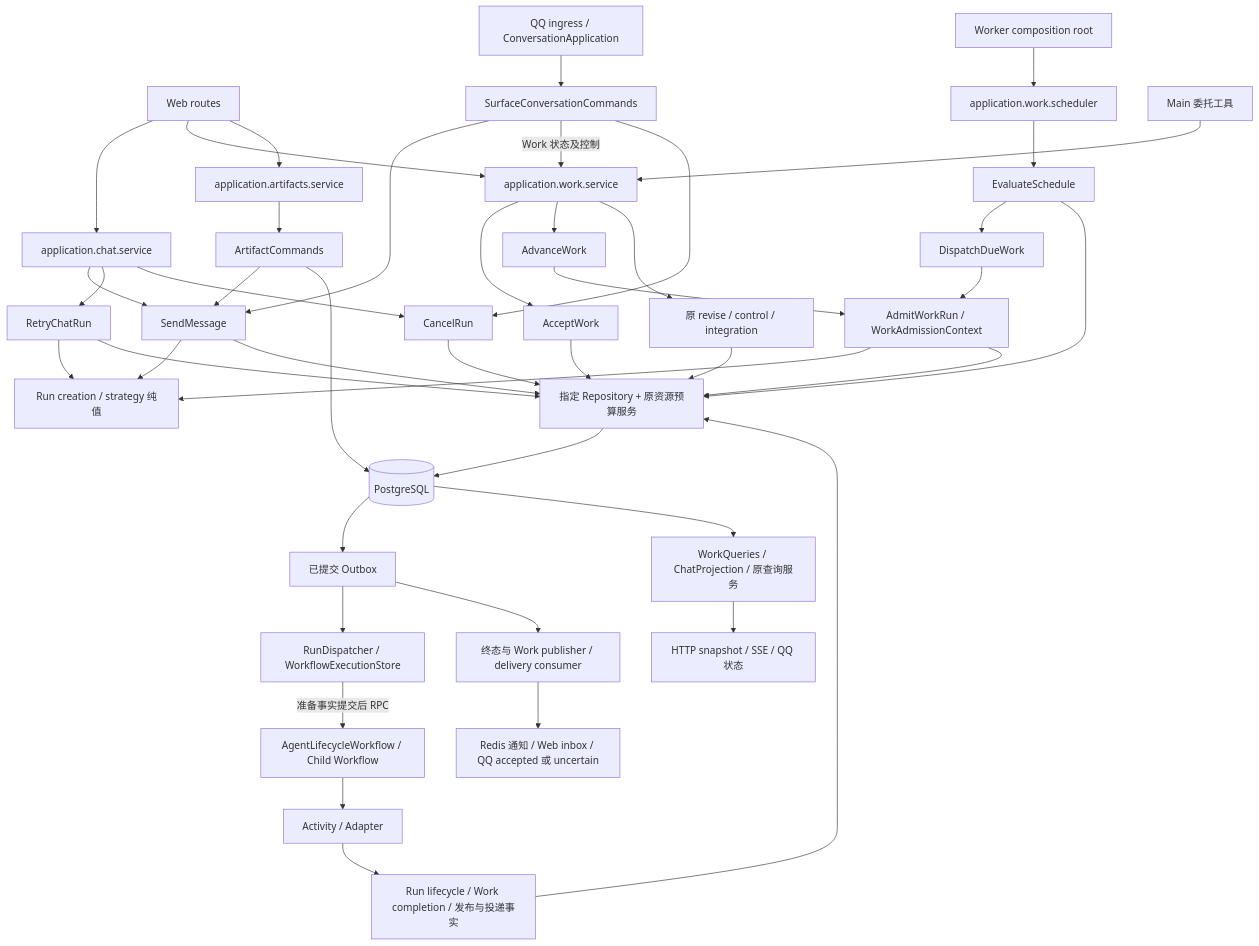
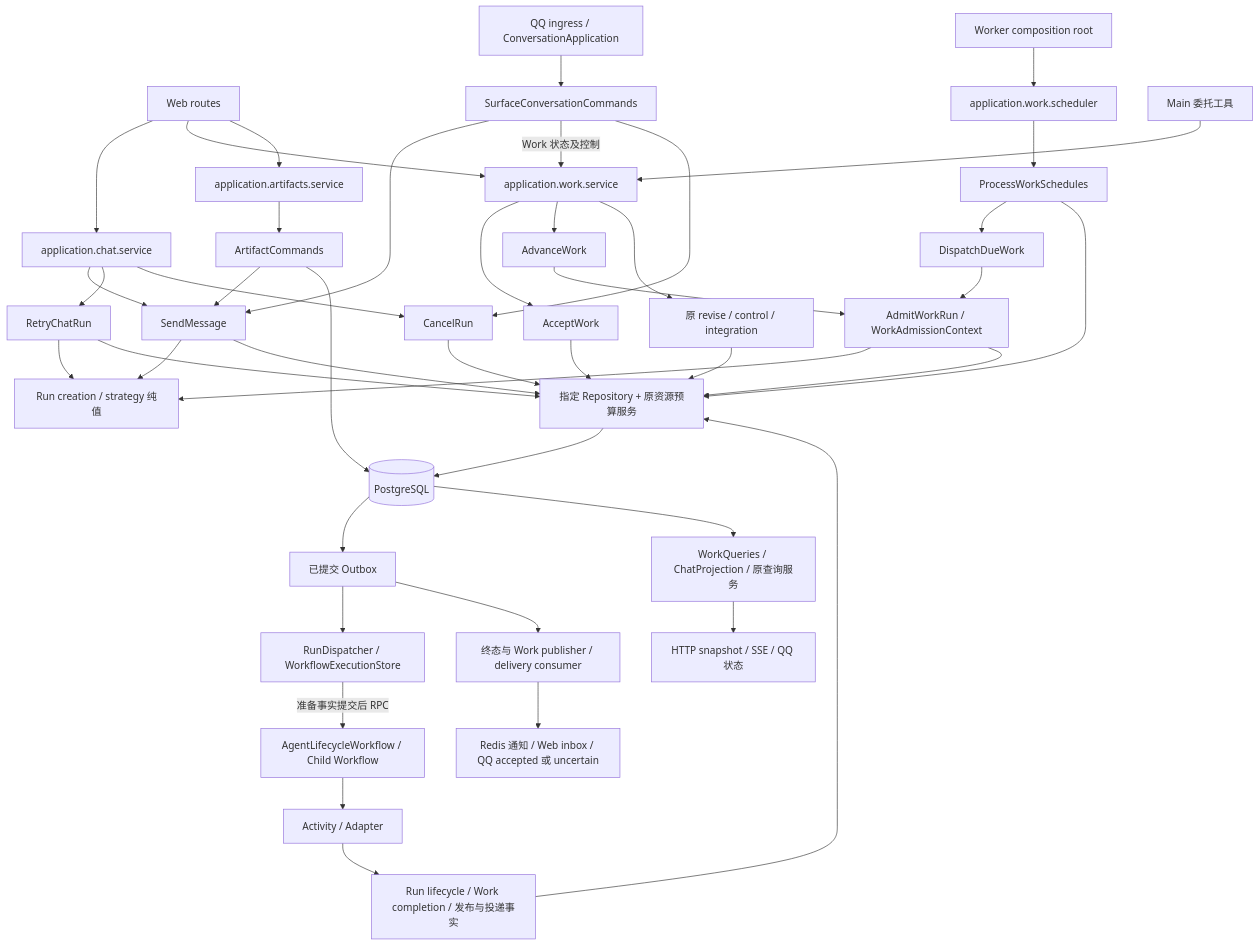
The first of 4 diagrams in docs/architecture/execution.md (k1po9/HpAgent), drawn with Mermaid before and after one commit. The commit also changed other lines of this file and 136 other files, not shown here.

````diff
--- a/docs/architecture/execution.md
+++ b/docs/architecture/execution.md
@@ -132,46 +132,46 @@
 ```mermaid
 flowchart TD
   Web[Web routes] --> Chat[application.chat.service]
   Web --> Works[application.work.service]
   Web --> Art[application.artifacts.service]
   QQ[QQ ingress / ConversationApplication] --> Surface[SurfaceConversationCommands]
   Root[Worker composition root] --> Scheduler[application.work.scheduler]
   Main[Main 委托工具] --> Works
   Surface --> Send[SendMessage]
   Surface -->|Work 状态及控制| Works
   Surface --> Cancel[CancelRun]
   Chat --> Send
   Chat --> Retry[RetryChatRun]
   Chat --> Cancel
   Art --> AC[ArtifactCommands]
   AC --> Send
   Works --> Accept[AcceptWork]
   Works --> Advance[AdvanceWork]
   Works --> Control[原 revise / control / integration]
-  Scheduler --> Eval[EvaluateSchedule]
+  Scheduler --> Eval[ProcessWorkSchedules]
   Eval --> Due[DispatchDueWork]
   Advance --> Admit[AdmitWorkRun / WorkAdmissionContext]
   Due --> Admit
   Retry --> Frozen
   Send --> Frozen[Run creation / strategy 纯值]
   Admit --> Frozen
   Send --> Repos[指定 Repository + 原资源预算服务]
   Cancel --> Repos
   Retry --> Repos
   Accept --> Repos
   Control --> Repos
   Eval --> Repos
   Admit --> Repos
   AC --> PG[(PostgreSQL)]
   Repos --> PG
   PG --> OB[已提交 Outbox]
   OB --> Dispatch[RunDispatcher / WorkflowExecutionStore]
   Dispatch -->|准备事实提交后 RPC| Temporal[AgentLifecycleWorkflow / Child Workflow]
   Temporal --> Activity[Activity / Adapter]
   Activity --> Life[Run lifecycle / Work completion / 发布与投递事实]
   Life --> Repos
   PG --> Query[WorkQueries / ChatProjection / 原查询服务]
   Query --> View[HTTP snapshot / SSE / QQ 状态]
   OB --> Publish[终态与 Work publisher / delivery consumer]
   Publish --> Notify[Redis 通知 / Web inbox / QQ accepted 或 uncertain]
 ```
````
